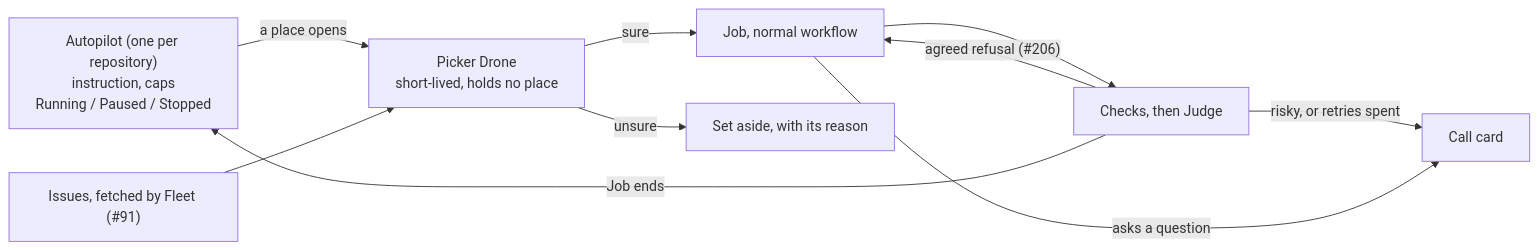
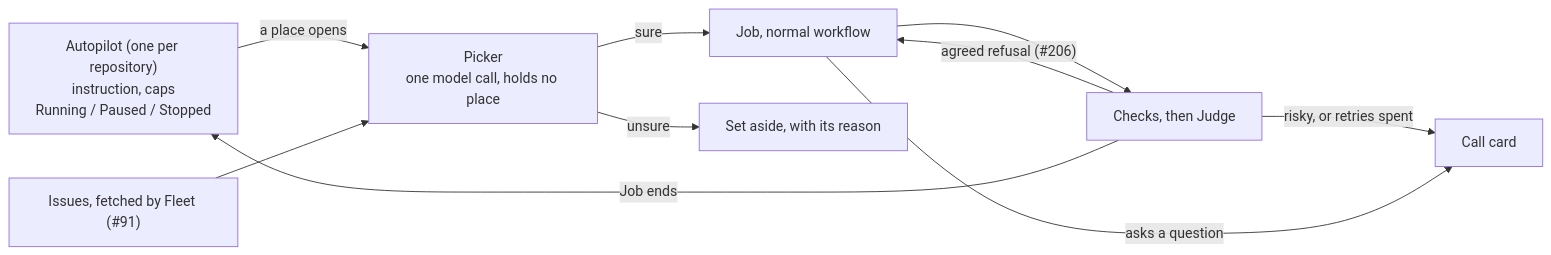
The diagram in docs/capabilities/autopilot.md (Mele-Labs/armada), drawn with Mermaid before and after one commit. The commit also changed other lines of this file and 4 other files, not shown here.

````diff
--- a/docs/capabilities/autopilot.md
+++ b/docs/capabilities/autopilot.md
@@ -18,12 +18,12 @@
 ```mermaid
 flowchart LR
-  AP["Autopilot (one per repository)<br/>instruction, caps<br/>Running / Paused / Stopped"] -->|"a place opens"| PICK["Picker Drone<br/>short-lived, holds no place"]
+  AP["Autopilot (one per repository)<br/>instruction, caps<br/>Running / Paused / Stopped"] -->|"a place opens"| PICK["Picker<br/>one model call, holds no place"]
   ISS["Issues, fetched by Fleet (#91)"] --> PICK
   PICK -->|"sure"| JOB["Job, normal workflow"]
   PICK -->|"unsure"| ASIDE["Set aside, with its reason"]
   JOB --> GATE["Checks, then Judge"]
   GATE -->|"agreed refusal (#206)"| JOB
   GATE -->|"risky, or retries spent"| CARD["Call card"]
   JOB -->|"asks a question"| CARD
   GATE -->|"Job ends"| AP
 ```
````
